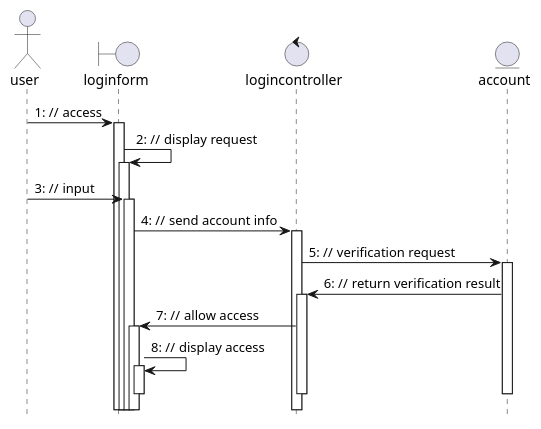
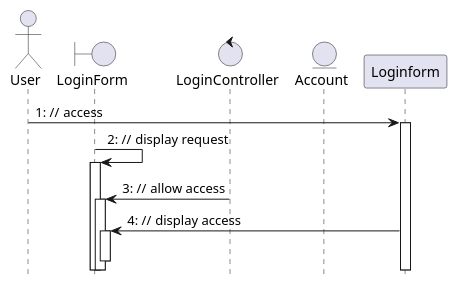
Before and after one commit to McSinyx/ipppi: the seventh of 9 diagrams in source/solution/use-case-analysis.rst, drawn with PlantUML. The commit also changed other lines of this file, not shown here.

```diff
--- a/source/solution/use-case-analysis.rst
+++ b/source/solution/use-case-analysis.rst
@@ -194,23 +194,19 @@
 .. uml::
 
    autonumber "#: //"
    autoactivate on
    hide footbox
 
-   actor user
-   boundary loginform
-   control logincontroller
-   entity account
+   actor User
+   boundary LoginForm
+   control LoginController
+   entity Account
 	
-   user -> loginform: access
-   loginform -> loginform : display request
-   user -> loginform : input
-   loginform -> logincontroller : send account info
-   logincontroller -> account :  verification request
-   account->logincontroller: return verification result
-   logincontroller -> loginform : allow access
-   loginform -> loginform : display access
-   deactivate account
-   deactivate logincontroller
-   deactivate loginform
-   deactivate user
+   User -> Loginform: access
+   LoginForm -> LoginForm : display request
+   LoginController -> LoginForm : allow access
+   Loginform -> LoginForm : display access
+   deactivate Account
+   deactivate LoginController
+   deactivate LoginForm
+   deactivate User
```
